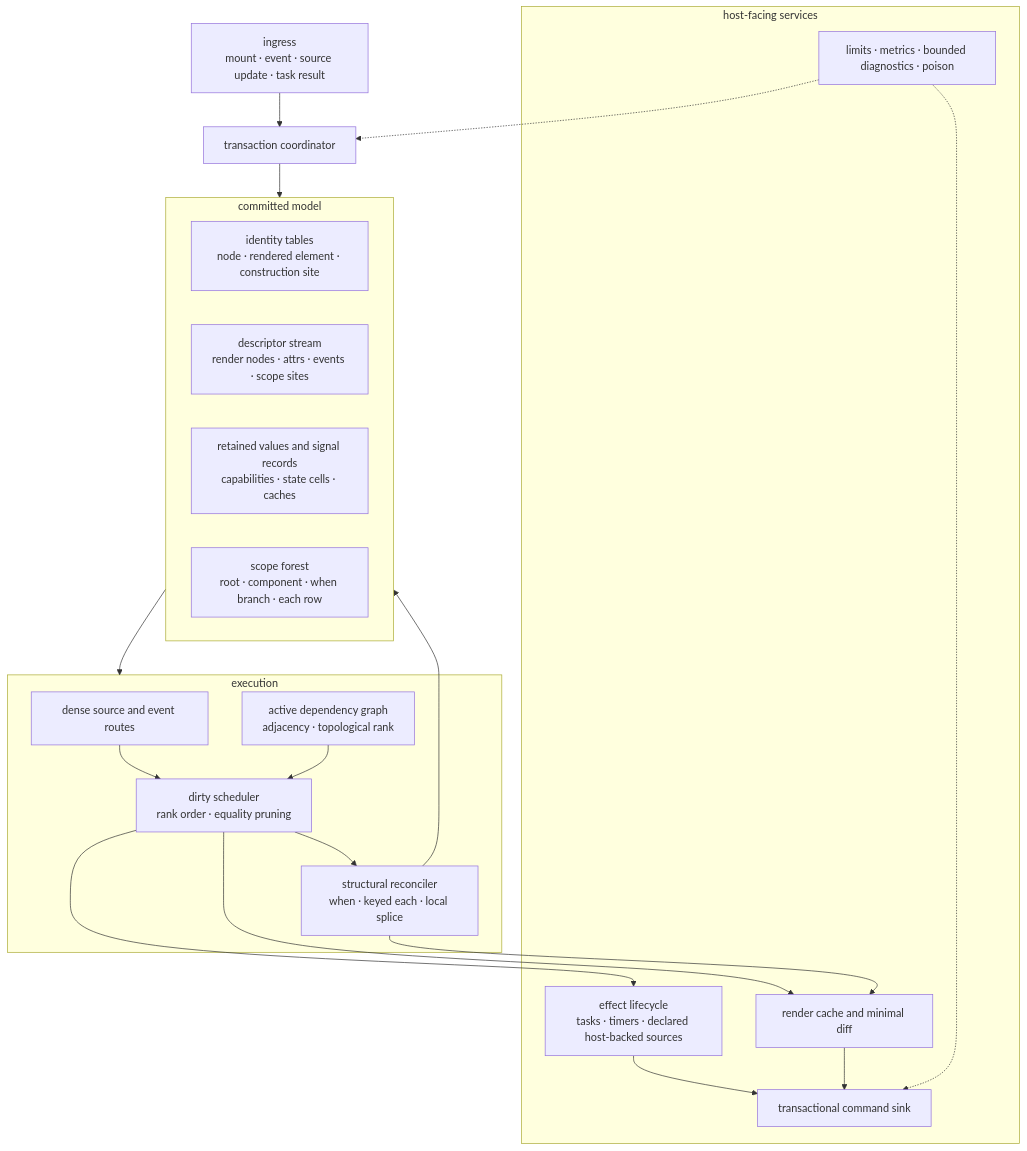
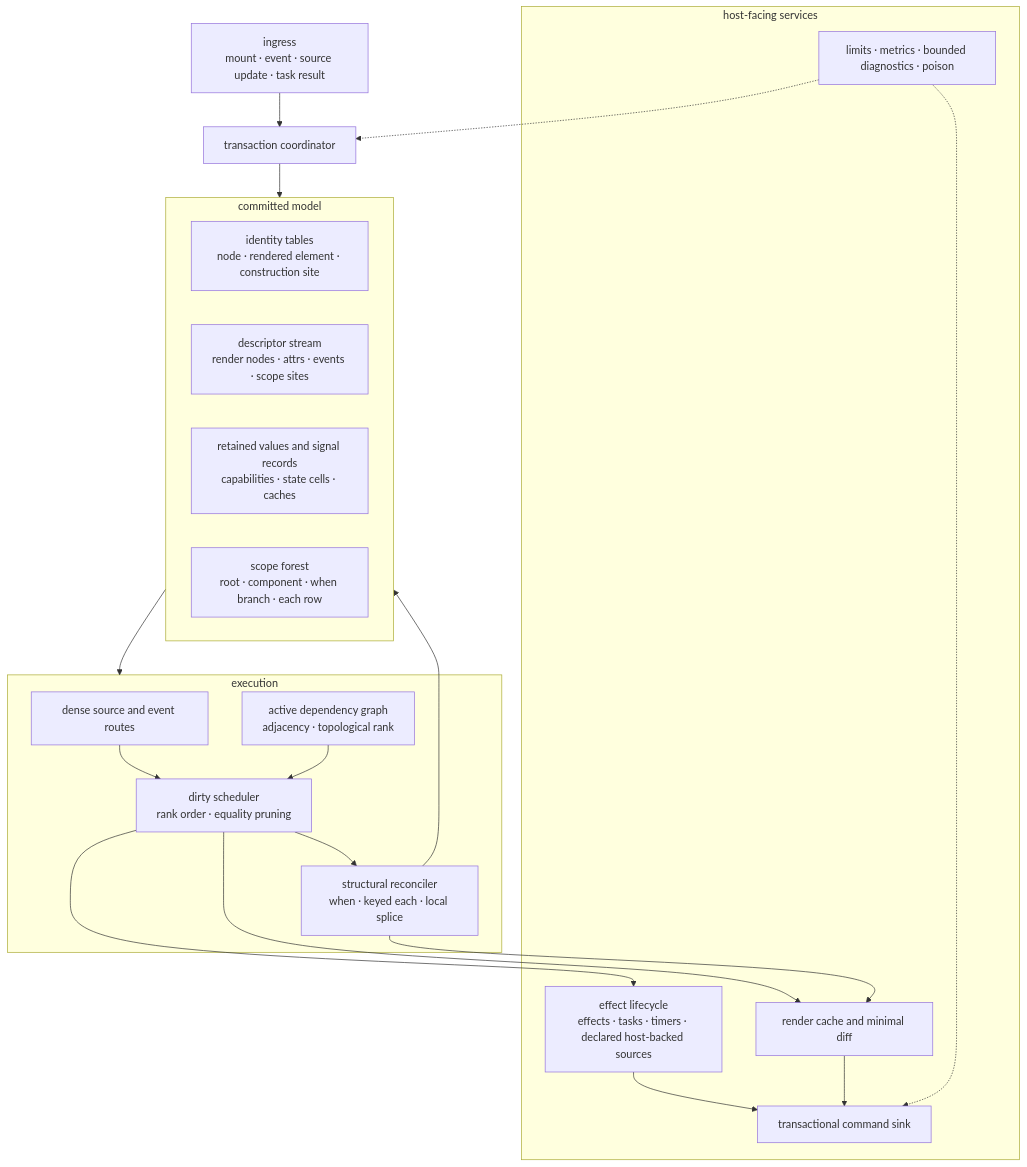
One commit to lukewilliamboswell/roc-signals changed the third of 4 diagrams in design.md. Above: the diagram before and after it, drawn with Mermaid. The commit also changed other lines of this file and 202 other files, not shown here.

````diff
--- a/design.md
+++ b/design.md
@@ -1460,39 +1499,39 @@
 ```mermaid
 flowchart TB
     Ingress["ingress<br/>mount · event · source update · task result"] --> Tx["transaction coordinator"]
 
     subgraph Model["committed model"]
         Identity["identity tables<br/>node · rendered element · construction site"]
         Desc["descriptor stream<br/>render nodes · attrs · events · scope sites"]
         Values["retained values and signal records<br/>capabilities · state cells · caches"]
         Scope["scope forest<br/>root · component · when branch · each row"]
     end
 
     subgraph Execute["execution"]
         Route["dense source and event routes"]
         Graph["active dependency graph<br/>adjacency · topological rank"]
         Schedule["dirty scheduler<br/>rank order · equality pruning"]
         Structure["structural reconciler<br/>when · keyed each · local splice"]
     end
 
     subgraph Services["host-facing services"]
-        Effects["effect lifecycle<br/>tasks · timers · declared host-backed sources"]
+        Effects["effect lifecycle<br/>effects · tasks · timers · declared host-backed sources"]
         Render["render cache and minimal diff"]
         Sink["transactional command sink"]
         Safety["limits · metrics · bounded diagnostics · poison"]
     end
 
     Tx --> Model
     Model --> Execute
     Route --> Schedule
     Graph --> Schedule
     Schedule --> Structure
     Schedule --> Effects
     Schedule --> Render
     Structure --> Model
     Structure --> Render
     Effects --> Sink
     Render --> Sink
     Safety -.-> Tx
     Safety -.-> Sink
 ```
````
